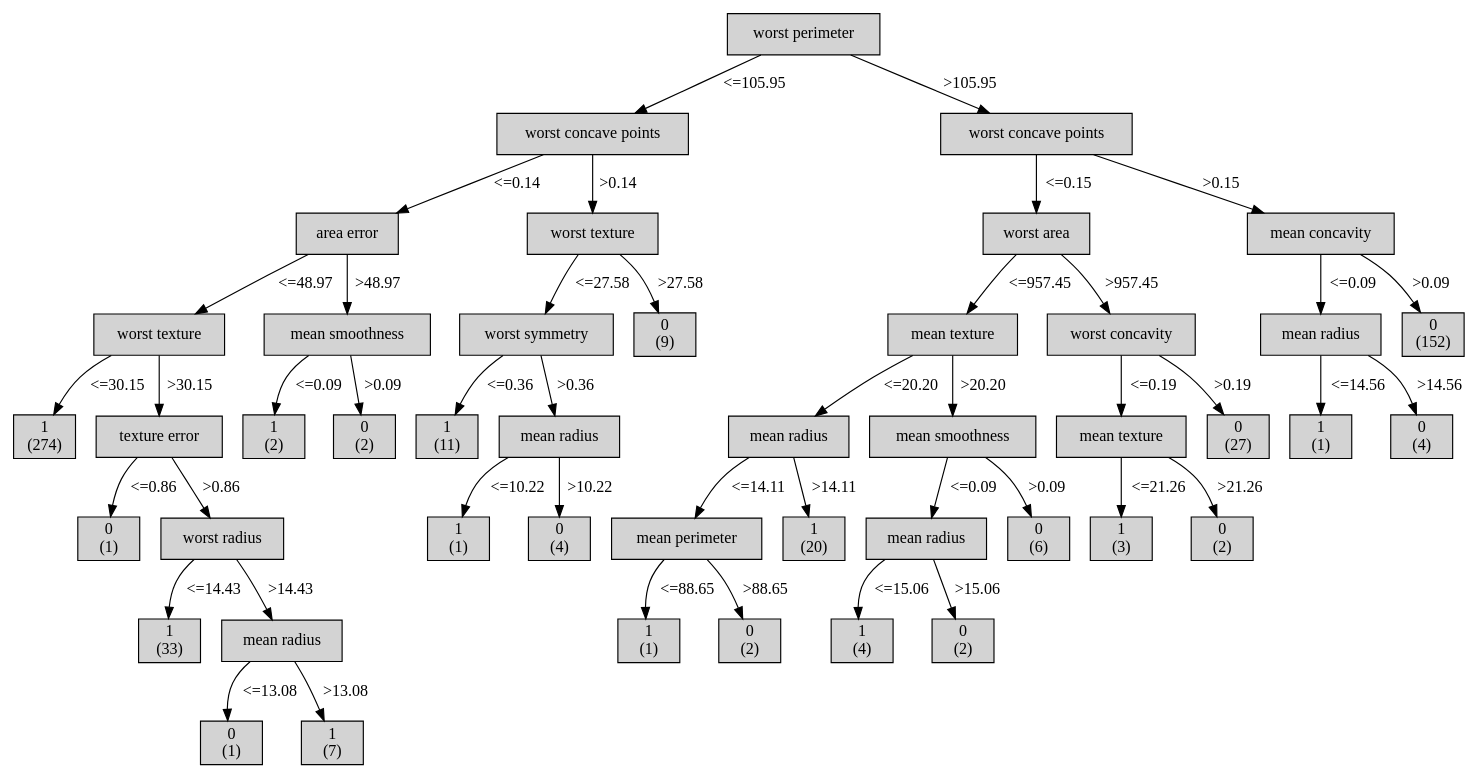
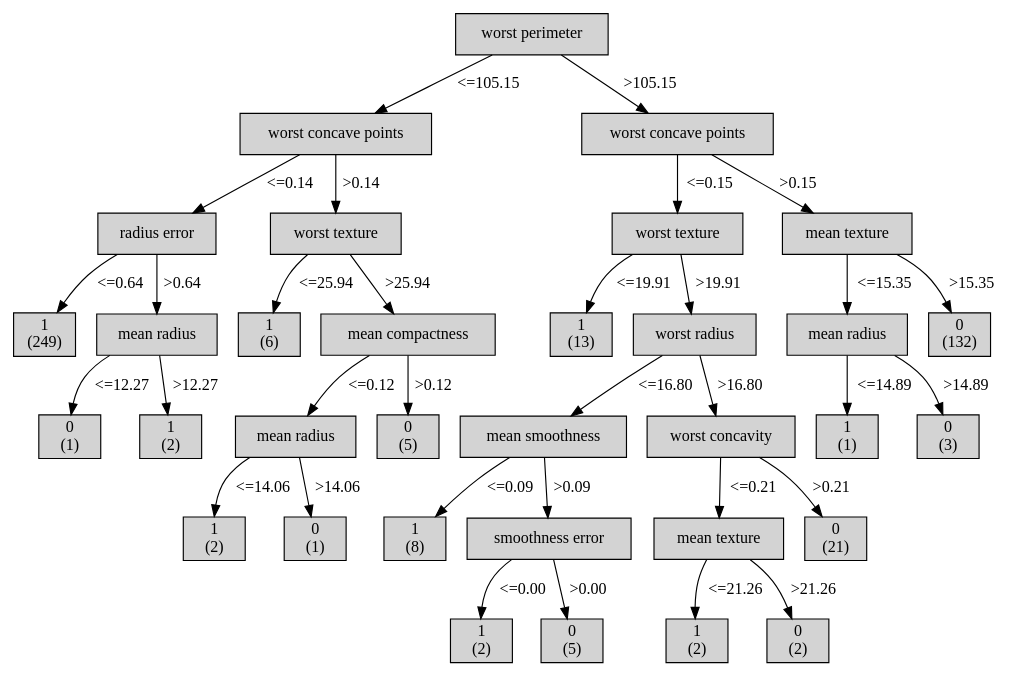
The diagram in graph/c_id3.dot (benidictusgalihmp/ML-Basic-DTL), drawn with Graphviz before and after one commit. The commit also changed 3 other files, not shown here.

```diff
--- a/graph/c_id3.dot
+++ b/graph/c_id3.dot
@@ -1,167 +1,124 @@
 digraph ID3_Tree {
 "0" [shape=box, style=filled, label="worst perimeter
 ", weight=1]
 "1" [shape=box, style=filled, label="worst concave points
 ", weight=2]
-0 -> 1 [ label = "<=105.95"];
-"2" [shape=box, style=filled, label="area error
+0 -> 1 [ label = "<=105.15"];
+"2" [shape=box, style=filled, label="radius error
 ", weight=3]
 1 -> 2 [ label = "<=0.14"];
-"3" [shape=box, style=filled, label="worst texture
+"3" [shape=box, style=filled, label="1
+(249)
 ", weight=4]
-2 -> 3 [ label = "<=48.97"];
-"4" [shape=box, style=filled, label="1
-(274)
+2 -> 3 [ label = "<=0.64"];
+"4" [shape=box, style=filled, label="mean radius
+", weight=4]
+2 -> 4 [ label = ">0.64"];
+"5" [shape=box, style=filled, label="0
+(1)
 ", weight=5]
-3 -> 4 [ label = "<=30.15"];
-"5" [shape=box, style=filled, label="texture error
+4 -> 5 [ label = "<=12.27"];
+"6" [shape=box, style=filled, label="1
+(2)
 ", weight=5]
-3 -> 5 [ label = ">30.15"];
-"6" [shape=box, style=filled, label="0
+4 -> 6 [ label = ">12.27"];
+"7" [shape=box, style=filled, label="worst texture
+", weight=3]
+1 -> 7 [ label = ">0.14"];
+"8" [shape=box, style=filled, label="1
+(6)
+", weight=4]
+7 -> 8 [ label = "<=25.94"];
+"9" [shape=box, style=filled, label="mean compactness
+", weight=4]
+7 -> 9 [ label = ">25.94"];
+"10" [shape=box, style=filled, label="mean radius
+", weight=5]
+9 -> 10 [ label = "<=0.12"];
+"11" [shape=box, style=filled, label="1
+(2)
+", weight=6]
+10 -> 11 [ label = "<=14.06"];
+"12" [shape=box, style=filled, label="0
 (1)
 ", weight=6]
-5 -> 6 [ label = "<=0.86"];
-"7" [shape=box, style=filled, label="worst radius
-", weight=6]
-5 -> 7 [ label = ">0.86"];
-"8" [shape=box, style=filled, label="1
-(33)
-", weight=7]
-7 -> 8 [ label = "<=14.43"];
-"9" [shape=box, style=filled, label="mean radius
-", weight=7]
-7 -> 9 [ label = ">14.43"];
-"10" [shape=box, style=filled, label="0
-(1)
-", weight=8]
-9 -> 10 [ label = "<=13.08"];
-"11" [shape=box, style=filled, label="1
-(7)
-", weight=8]
-9 -> 11 [ label = ">13.08"];
-"12" [shape=box, style=filled, label="mean smoothness
-", weight=4]
-2 -> 12 [ label = ">48.97"];
-"13" [shape=box, style=filled, label="1
-(2)
+10 -> 12 [ label = ">14.06"];
+"13" [shape=box, style=filled, label="0
+(5)
 ", weight=5]
-12 -> 13 [ label = "<=0.09"];
-"14" [shape=box, style=filled, label="0
-(2)
-", weight=5]
-12 -> 14 [ label = ">0.09"];
+9 -> 13 [ label = ">0.12"];
+"14" [shape=box, style=filled, label="worst concave points
+", weight=2]
+0 -> 14 [ label = ">105.15"];
 "15" [shape=box, style=filled, label="worst texture
 ", weight=3]
-1 -> 15 [ label = ">0.14"];
-"16" [shape=box, style=filled, label="worst symmetry
+14 -> 15 [ label = "<=0.15"];
+"16" [shape=box, style=filled, label="1
+(13)
 ", weight=4]
-15 -> 16 [ label = "<=27.58"];
-"17" [shape=box, style=filled, label="1
-(11)
+15 -> 16 [ label = "<=19.91"];
+"17" [shape=box, style=filled, label="worst radius
+", weight=4]
+15 -> 17 [ label = ">19.91"];
+"18" [shape=box, style=filled, label="mean smoothness
 ", weight=5]
-16 -> 17 [ label = "<=0.36"];
-"18" [shape=box, style=filled, label="mean radius
-", weight=5]
-16 -> 18 [ label = ">0.36"];
+17 -> 18 [ label = "<=16.80"];
 "19" [shape=box, style=filled, label="1
-(1)
+(8)
 ", weight=6]
-18 -> 19 [ label = "<=10.22"];
-"20" [shape=box, style=filled, label="0
-(4)
+18 -> 19 [ label = "<=0.09"];
+"20" [shape=box, style=filled, label="smoothness error
 ", weight=6]
-18 -> 20 [ label = ">10.22"];
-"21" [shape=box, style=filled, label="0
-(9)
-", weight=4]
-15 -> 21 [ label = ">27.58"];
-"22" [shape=box, style=filled, label="worst concave points
-", weight=2]
-0 -> 22 [ label = ">105.95"];
-"23" [shape=box, style=filled, label="worst area
-", weight=3]
-22 -> 23 [ label = "<=0.15"];
-"24" [shape=box, style=filled, label="mean texture
-", weight=4]
-23 -> 24 [ label = "<=957.45"];
-"25" [shape=box, style=filled, label="mean radius
-", weight=5]
-24 -> 25 [ label = "<=20.20"];
-"26" [shape=box, style=filled, label="mean perimeter
-", weight=6]
-25 -> 26 [ label = "<=14.11"];
-"27" [shape=box, style=filled, label="1
-(1)
-", weight=7]
-26 -> 27 [ label = "<=88.65"];
-"28" [shape=box, style=filled, label="0
+18 -> 20 [ label = ">0.09"];
+"21" [shape=box, style=filled, label="1
 (2)
 ", weight=7]
-26 -> 28 [ label = ">88.65"];
-"29" [shape=box, style=filled, label="1
-(20)
+20 -> 21 [ label = "<=0.00"];
+"22" [shape=box, style=filled, label="0
+(5)
+", weight=7]
+20 -> 22 [ label = ">0.00"];
+"23" [shape=box, style=filled, label="worst concavity
+", weight=5]
+17 -> 23 [ label = ">16.80"];
+"24" [shape=box, style=filled, label="mean texture
 ", weight=6]
-25 -> 29 [ label = ">14.11"];
-"30" [shape=box, style=filled, label="mean smoothness
-", weight=5]
-24 -> 30 [ label = ">20.20"];
-"31" [shape=box, style=filled, label="mean radius
-", weight=6]
-30 -> 31 [ label = "<=0.09"];
-"32" [shape=box, style=filled, label="1
-(4)
-", weight=7]
-31 -> 32 [ label = "<=15.06"];
-"33" [shape=box, style=filled, label="0
+23 -> 24 [ label = "<=0.21"];
+"25" [shape=box, style=filled, label="1
 (2)
 ", weight=7]
-31 -> 33 [ label = ">15.06"];
-"34" [shape=box, style=filled, label="0
-(6)
+24 -> 25 [ label = "<=21.26"];
+"26" [shape=box, style=filled, label="0
+(2)
+", weight=7]
+24 -> 26 [ label = ">21.26"];
+"27" [shape=box, style=filled, label="0
+(21)
 ", weight=6]
-30 -> 34 [ label = ">0.09"];
-"35" [shape=box, style=filled, label="worst concavity
+23 -> 27 [ label = ">0.21"];
+"28" [shape=box, style=filled, label="mean texture
+", weight=3]
+14 -> 28 [ label = ">0.15"];
+"29" [shape=box, style=filled, label="mean radius
 ", weight=4]
-23 -> 35 [ label = ">957.45"];
-"36" [shape=box, style=filled, label="mean texture
-", weight=5]
-35 -> 36 [ label = "<=0.19"];
-"37" [shape=box, style=filled, label="1
-(3)
-", weight=6]
-36 -> 37 [ label = "<=21.26"];
-"38" [shape=box, style=filled, label="0
-(2)
-", weight=6]
-36 -> 38 [ label = ">21.26"];
-"39" [shape=box, style=filled, label="0
-(27)
-", weight=5]
-35 -> 39 [ label = ">0.19"];
-"40" [shape=box, style=filled, label="mean concavity
-", weight=3]
-22 -> 40 [ label = ">0.15"];
-"41" [shape=box, style=filled, label="mean radius
-", weight=4]
-40 -> 41 [ label = "<=0.09"];
-"42" [shape=box, style=filled, label="1
+28 -> 29 [ label = "<=15.35"];
+"30" [shape=box, style=filled, label="1
 (1)
 ", weight=5]
-41 -> 42 [ label = "<=14.56"];
-"43" [shape=box, style=filled, label="0
-(4)
+29 -> 30 [ label = "<=14.89"];
+"31" [shape=box, style=filled, label="0
+(3)
 ", weight=5]
-41 -> 43 [ label = ">14.56"];
-"44" [shape=box, style=filled, label="0
-(152)
+29 -> 31 [ label = ">14.89"];
+"32" [shape=box, style=filled, label="0
+(132)
 ", weight=4]
-40 -> 44 [ label = ">0.09"];
+28 -> 32 [ label = ">15.35"];
 {rank=same; 0;};
-{rank=same; 1;22;};
-{rank=same; 2;15;23;40;};
-{rank=same; 3;12;16;21;24;35;41;44;};
-{rank=same; 4;5;13;14;17;18;25;30;36;39;42;43;};
-{rank=same; 6;7;19;20;26;29;31;34;37;38;};
-{rank=same; 8;9;27;28;32;33;};
-{rank=same; 10;11;};
+{rank=same; 1;14;};
+{rank=same; 2;7;15;28;};
+{rank=same; 3;4;8;9;16;17;29;32;};
+{rank=same; 5;6;10;13;18;23;30;31;};
+{rank=same; 11;12;19;20;24;27;};
+{rank=same; 21;22;25;26;};
 }
```
